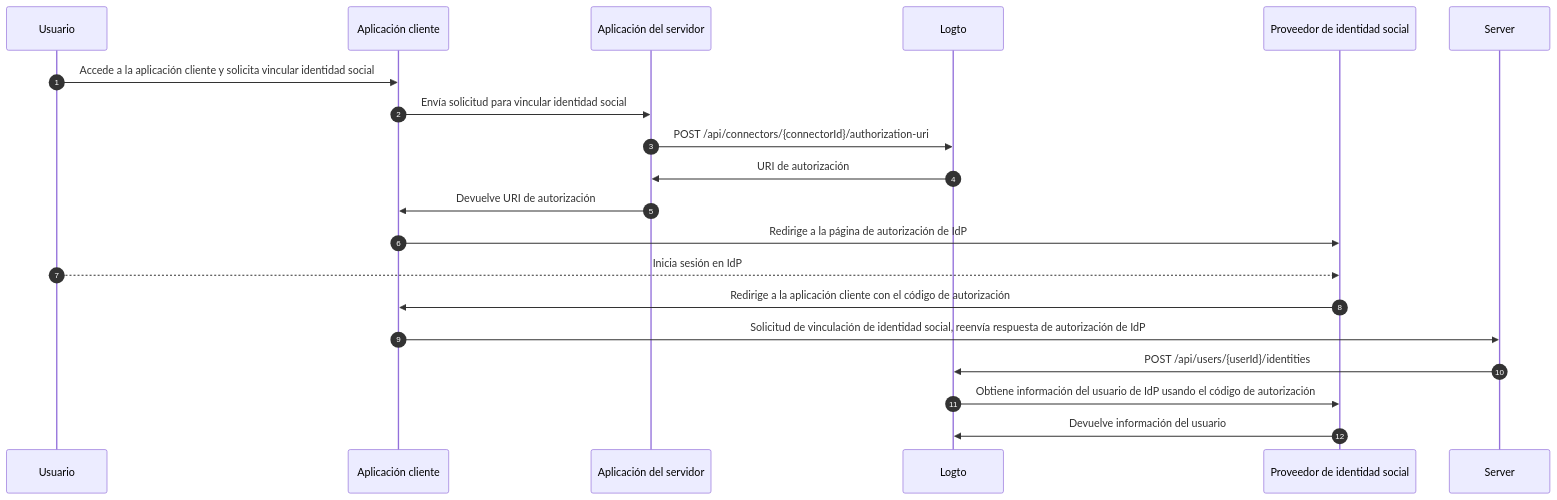
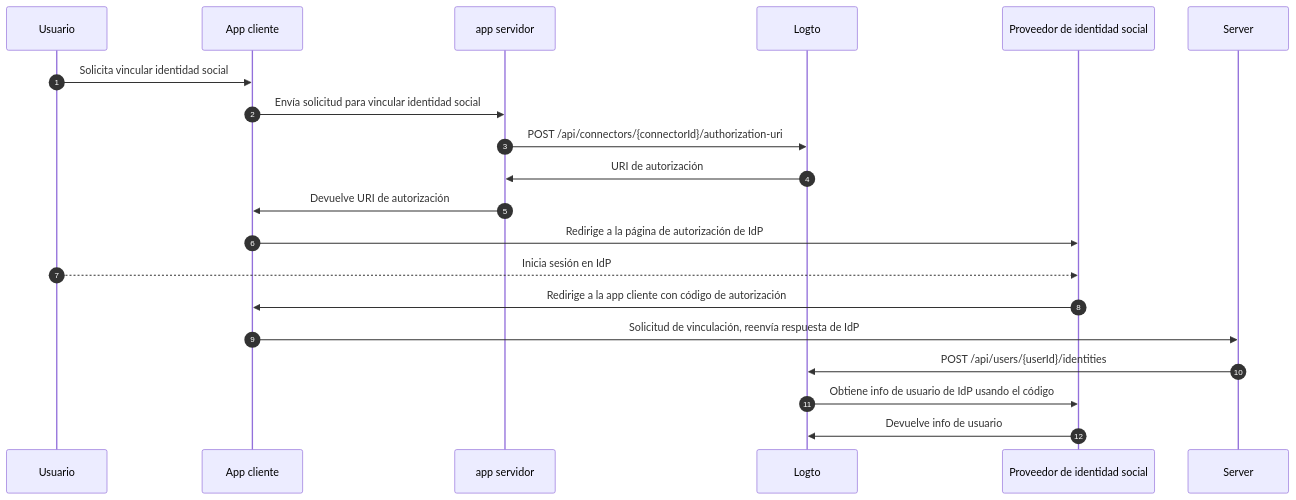
One commit to logto-io/docs changed the third of 3 diagrams in i18n/es/docusaurus-plugin-content-docs/current/end-user-flows/account-settings/by-management-api.mdx. Above: the diagram before and after it, drawn with Mermaid. The commit also changed other lines of this file and 35 other files, not shown here.

````diff
--- a/i18n/es/docusaurus-plugin-content-docs/current/end-user-flows/account-settings/by-management-api.mdx
+++ b/i18n/es/docusaurus-plugin-content-docs/current/end-user-flows/account-settings/by-management-api.mdx
@@ -120,22 +120,22 @@
 ```mermaid
 sequenceDiagram
     autoNumber
     participant User as Usuario
-    participant Client as Aplicación cliente
-    participant App as Aplicación del servidor
+    participant Client as App cliente
+    participant App as app servidor
     participant Logto as Logto
     participant IdP as Proveedor de identidad social
 
-    User ->> Client: Accede a la aplicación cliente y solicita vincular identidad social
+    User ->> Client: Solicita vincular identidad social
     Client ->> App: Envía solicitud para vincular identidad social
     App ->> Logto: POST /api/connectors/{connectorId}/authorization-uri
     Logto ->> App: URI de autorización
     App ->> Client: Devuelve URI de autorización
     Client ->> IdP: Redirige a la página de autorización de IdP
     User -->> IdP: Inicia sesión en IdP
-    IdP ->> Client: Redirige a la aplicación cliente con el código de autorización
-    Client ->> Server: Solicitud de vinculación de identidad social, reenvía respuesta de autorización de IdP
+    IdP ->> Client: Redirige a la app cliente con código de autorización
+    Client ->> Server: Solicitud de vinculación, reenvía respuesta de IdP
     Server ->> Logto: POST /api/users/{userId}/identities
-    Logto ->> IdP: Obtiene información del usuario de IdP usando el código de autorización
-    IdP ->> Logto: Devuelve información del usuario
+    Logto ->> IdP: Obtiene info de usuario de IdP usando el código
+    IdP ->> Logto: Devuelve info de usuario
 ```
````
